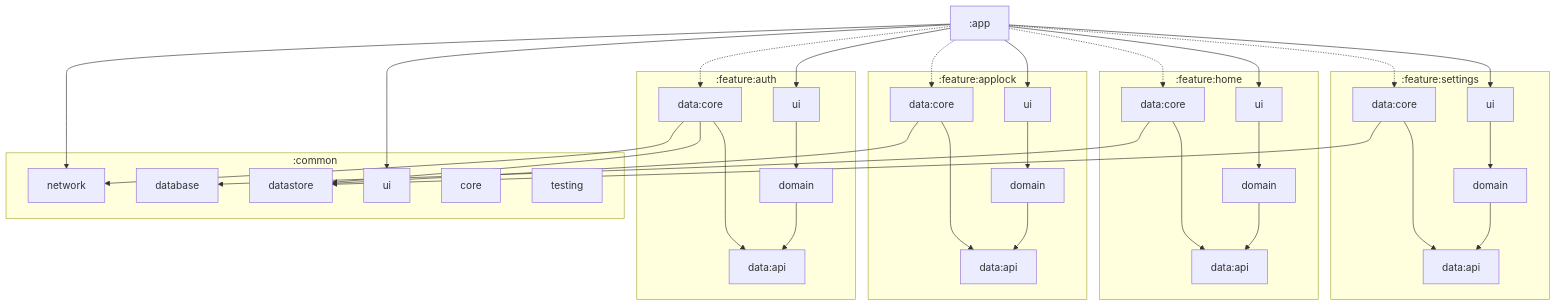
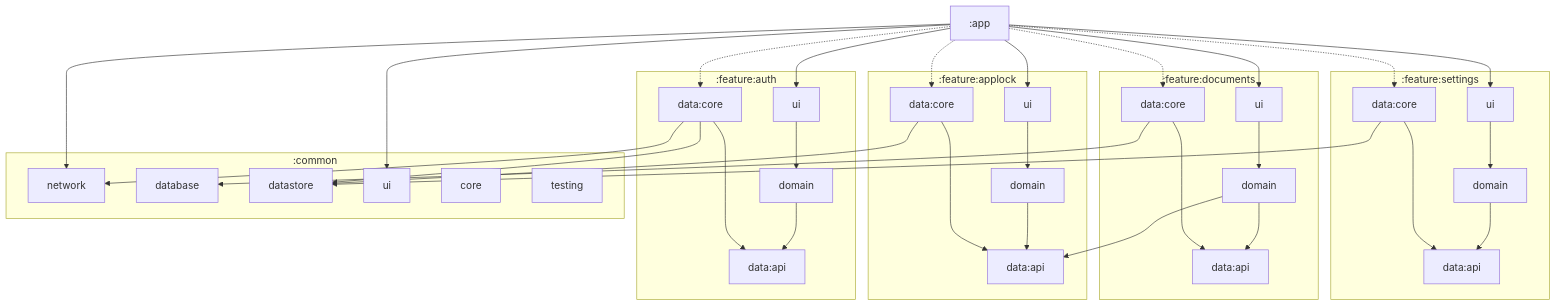
One commit to kristiankosharov/Vigil changed the diagram in README.md. Above: the diagram before and after it, drawn with Mermaid. The commit also changed other lines of this file and 83 other files, not shown here.

````diff
--- a/README.md
+++ b/README.md
@@ -207,41 +207,42 @@
 ```mermaid
 flowchart TD
     app[":app"]
 
     subgraph auth [":feature:auth"]
         authUi["ui"] --> authDomain["domain"] --> authApi["data:api"]
         authCore["data:core"] --> authApi
     end
 
     subgraph applock [":feature:applock"]
         applockUi["ui"] --> applockDomain["domain"] --> applockApi["data:api"]
         applockCore["data:core"] --> applockApi
     end
 
-    subgraph home [":feature:home"]
-        homeUi["ui"] --> homeDomain["domain"] --> homeApi["data:api"]
-        homeCore["data:core"] --> homeApi
+    subgraph documents [":feature:documents"]
+        documentsUi["ui"] --> documentsDomain["domain"] --> documentsApi["data:api"]
+        documentsCore["data:core"] --> documentsApi
     end
 
     subgraph settings [":feature:settings"]
         settingsUi["ui"] --> settingsDomain["domain"] --> settingsApi["data:api"]
         settingsCore["data:core"] --> settingsApi
     end
 
     subgraph common [":common"]
         network["network"]
         database["database"]
         datastore["datastore"]
         commonUi["ui"]
         core["core"]
         testing["testing"]
     end
 
-    app --> authUi & applockUi & homeUi & settingsUi
-    app -.-> authCore & applockCore & homeCore & settingsCore
+    app --> authUi & applockUi & documentsUi & settingsUi
+    app -.-> authCore & applockCore & documentsCore & settingsCore
     app --> commonUi & network
     authCore --> network & datastore
     applockCore --> datastore
-    homeCore --> database
+    documentsCore --> database
+    documentsDomain --> applockApi
     settingsCore --> datastore
 ```
````
